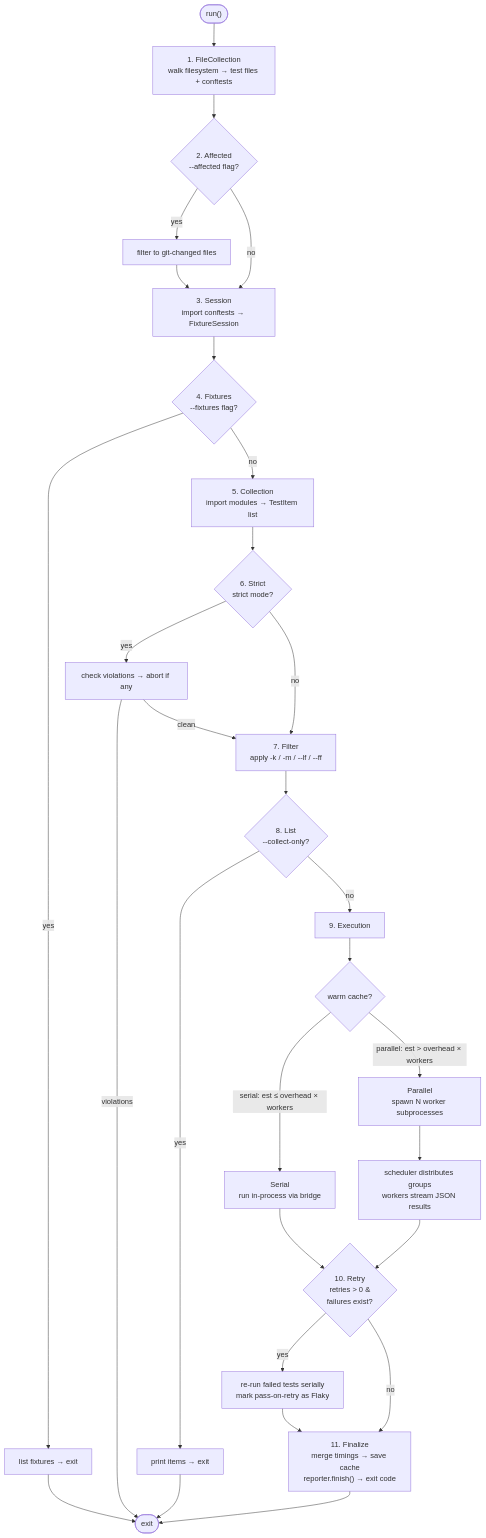
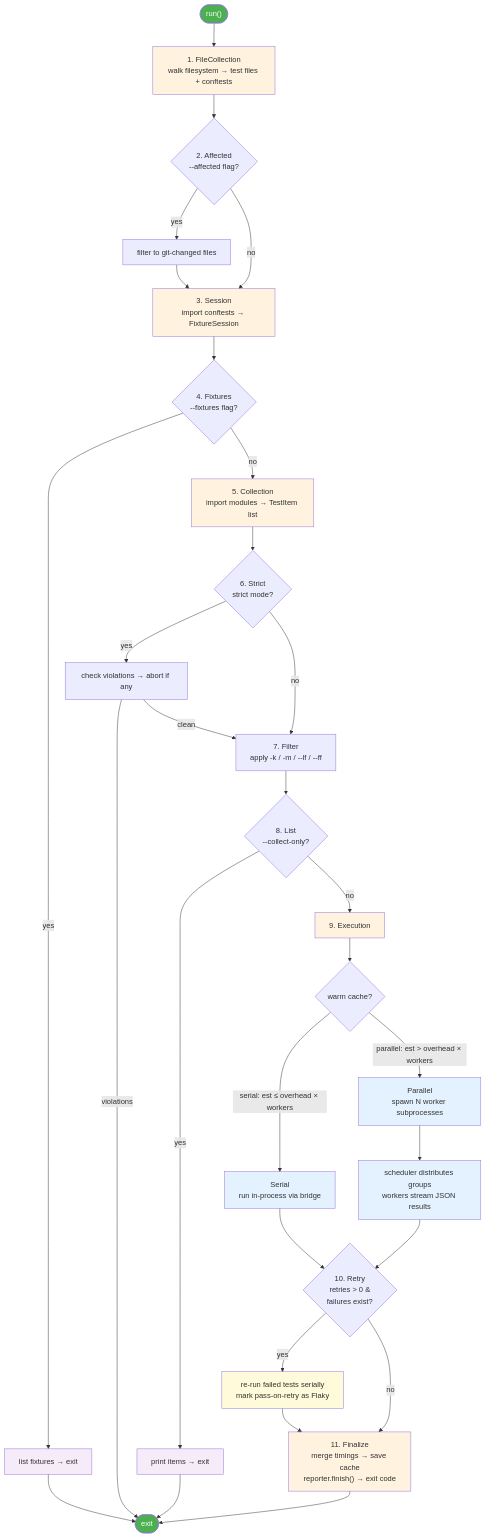
Before and after one commit to kalonji-tools/oxitest: the second of 2 diagrams in docs/src/contributing/architecture.md, drawn with Mermaid. The commit also changed other lines of this file, not shown here.

Commit message:
fix: restore diagram colors with semi-transparent fills
Use hex-with-alpha (#rrggbbaa) fills that blend with both light and
dark backgrounds instead of opaque light-mode-only colors.

````diff
--- a/docs/src/contributing/architecture.md
+++ b/docs/src/contributing/architecture.md
@@ -100,58 +103,71 @@
 ```mermaid
 flowchart TD
     START(["run()"])
 
     FC["1. FileCollection<br/>walk filesystem → test files + conftests"]
     AF{"2. Affected<br/>--affected flag?"}
     AF_Y["filter to git-changed files"]
     SE["3. Session<br/>import conftests → FixtureSession"]
     FX{"4. Fixtures<br/>--fixtures flag?"}
     FX_Y["list fixtures → exit"]
     CO["5. Collection<br/>import modules → TestItem list"]
     ST{"6. Strict<br/>strict mode?"}
     ST_Y["check violations → abort if any"]
     FI["7. Filter<br/>apply -k / -m / --lf / --ff"]
     LI{"8. List<br/>--collect-only?"}
     LI_Y["print items → exit"]
 
     EX["9. Execution"]
     DECIDE{"warm cache?"}
     SERIAL["Serial<br/>run in-process via bridge"]
     PAR["Parallel<br/>spawn N worker subprocesses"]
     PAR_DETAIL["scheduler distributes groups<br/>workers stream JSON results"]
 
     RT{"10. Retry<br/>retries > 0 &<br/>failures exist?"}
     RT_Y["re-run failed tests serially<br/>mark pass-on-retry as Flaky"]
 
     FIN["11. Finalize<br/>merge timings → save cache<br/>reporter.finish() → exit code"]
 
     DONE(["exit"])
 
     START --> FC
     FC --> AF
     AF -->|yes| AF_Y --> SE
     AF -->|no| SE
     SE --> FX
     FX -->|yes| FX_Y --> DONE
     FX -->|no| CO
     CO --> ST
     ST -->|yes| ST_Y
     ST_Y -->|violations| DONE
     ST_Y -->|clean| FI
     ST -->|no| FI
     FI --> LI
     LI -->|yes| LI_Y --> DONE
     LI -->|no| EX
 
     EX --> DECIDE
     DECIDE -->|"serial: est ≤ overhead × workers"| SERIAL
     DECIDE -->|"parallel: est > overhead × workers"| PAR
     PAR --> PAR_DETAIL
     SERIAL --> RT
     PAR_DETAIL --> RT
 
     RT -->|yes| RT_Y --> FIN
     RT -->|no| FIN
     FIN --> DONE
 
+    style START fill:#4CAF50,color:#fff
+    style DONE fill:#4CAF50,color:#fff
+    style FC fill:#ff980020
+    style SE fill:#ff980020
+    style CO fill:#ff980020
+    style EX fill:#ff980020
+    style FIN fill:#ff980020
+    style SERIAL fill:#42a5f525
+    style PAR fill:#42a5f525
+    style PAR_DETAIL fill:#42a5f525
+    style RT_Y fill:#ffeb3b30
+    style FX_Y fill:#ce93d830
+    style LI_Y fill:#ce93d830
 ```
````
